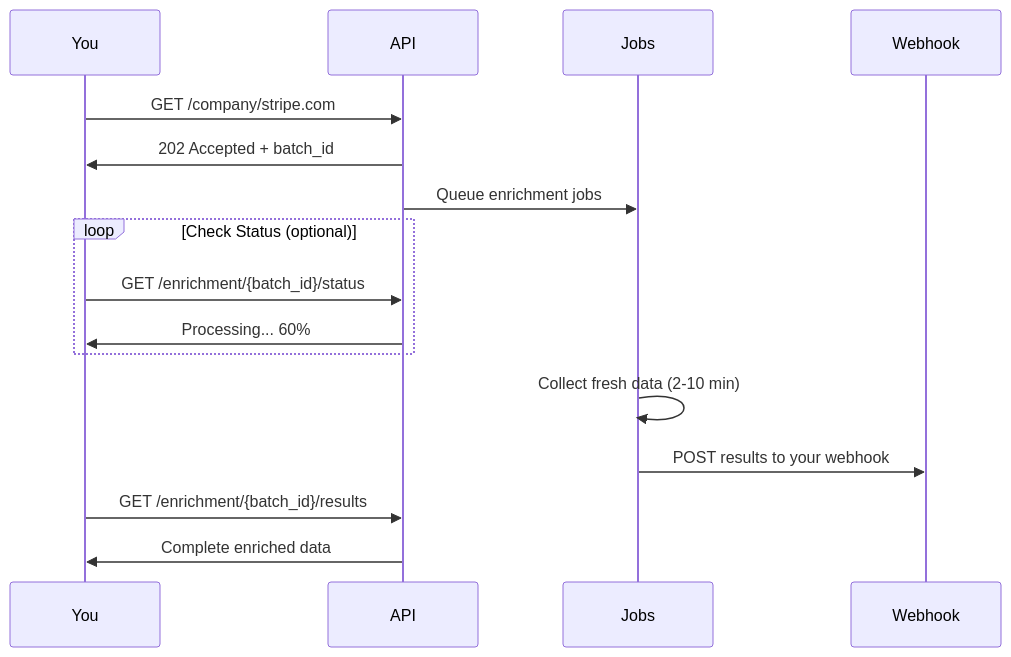
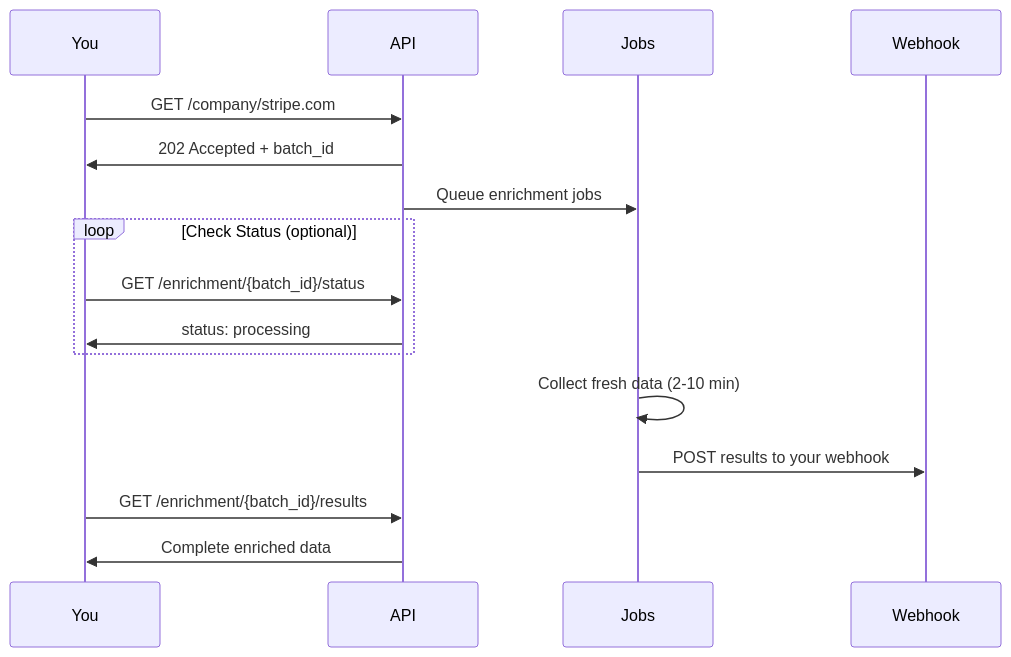
One commit to bouncewatch/api-docs changed the diagram in api-reference/enrichment-tracking.mdx. Above: the diagram before and after it, drawn with Mermaid. The commit also changed other lines of this file and 12 other files, not shown here.

````diff
--- a/api-reference/enrichment-tracking.mdx
+++ b/api-reference/enrichment-tracking.mdx
@@ -17,21 +17,21 @@
 ```mermaid
 sequenceDiagram
     participant You
     participant API
     participant Jobs
     participant Webhook
     
     You->>API: GET /company/stripe.com
     API->>You: 202 Accepted + batch_id
     API->>Jobs: Queue enrichment jobs
     
     loop Check Status (optional)
         You->>API: GET /enrichment/{batch_id}/status
-        API->>You: Processing... 60%
+        API->>You: status: processing
     end
     
     Jobs->>Jobs: Collect fresh data (2-10 min)
     Jobs->>Webhook: POST results to your webhook
     You->>API: GET /enrichment/{batch_id}/results
     API->>You: Complete enriched data
 ```
````
